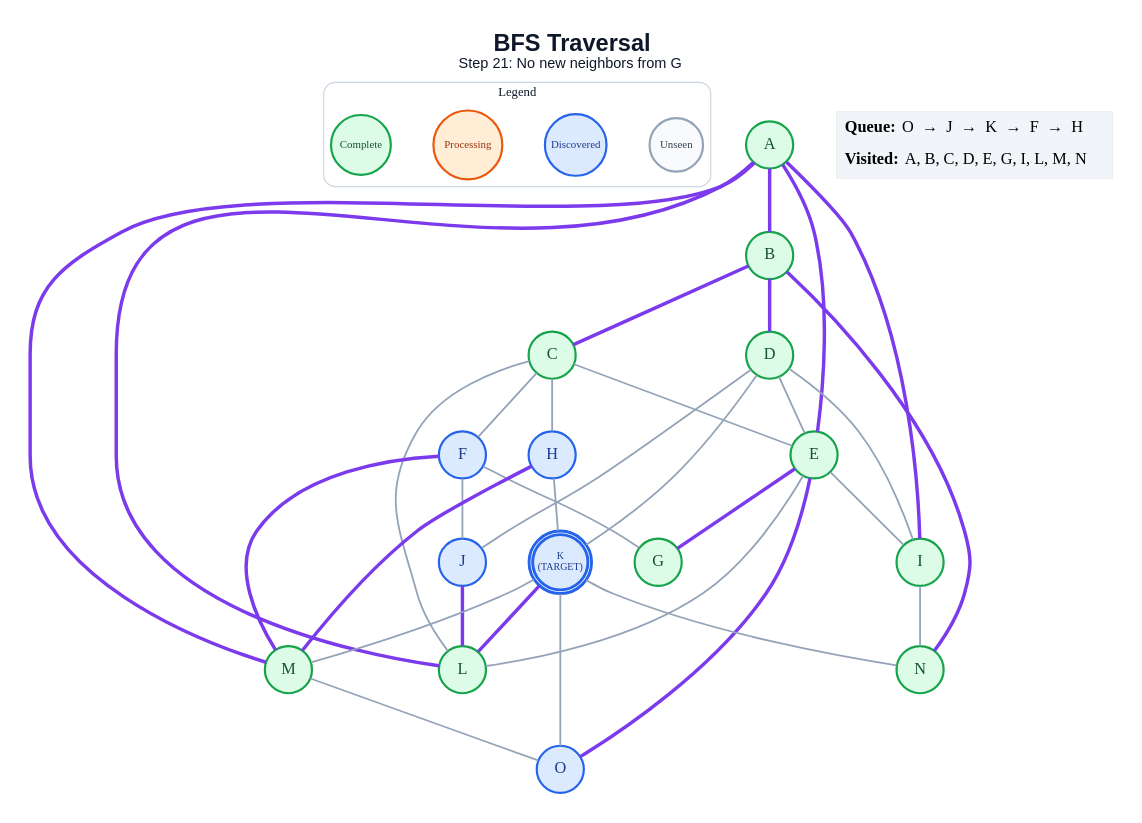
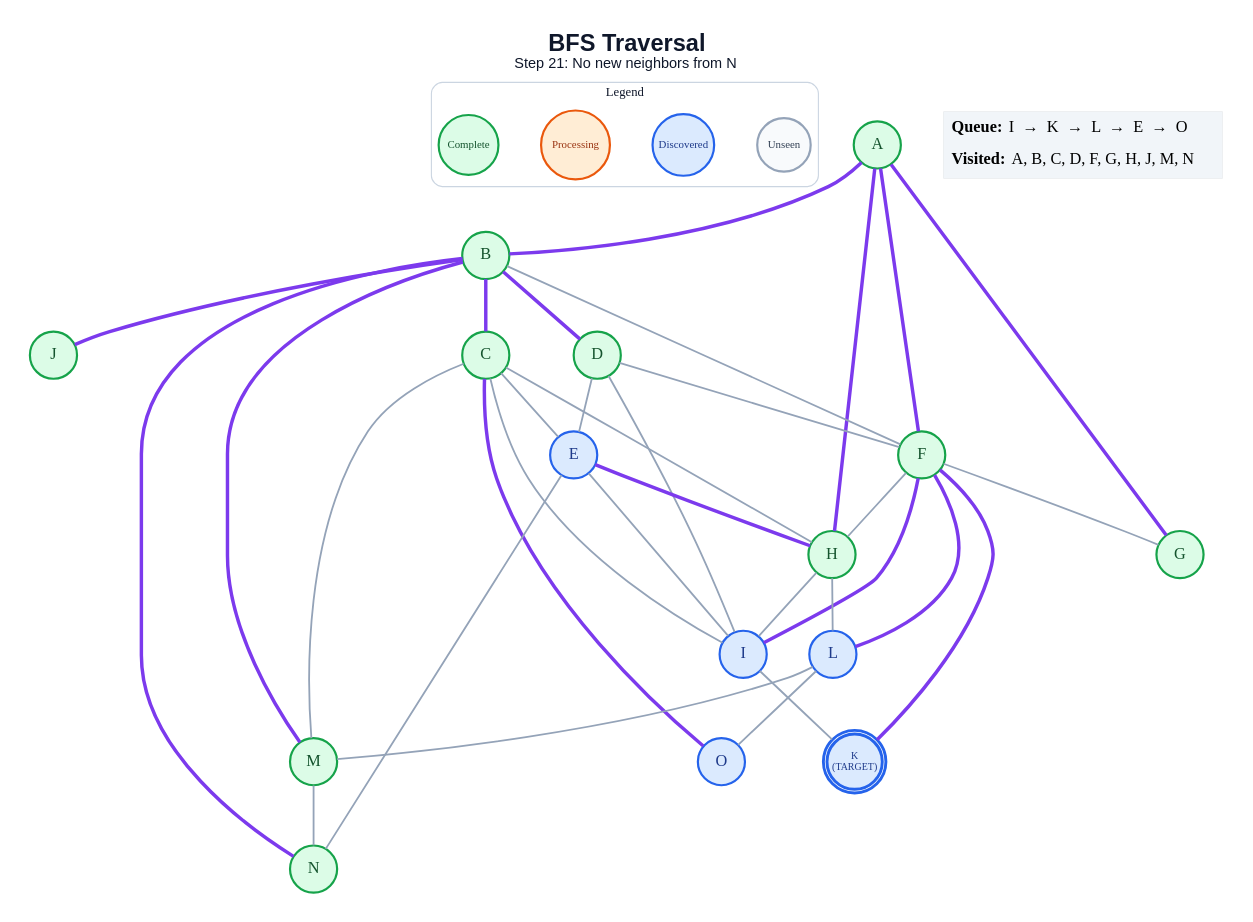
The diagram in generated/specific-node/bfs/step_21.dot (anon7238593-create/ai-slop), drawn with Graphviz before and after one commit. The commit also changed 257 other files, not shown here.

```diff
--- a/generated/specific-node/bfs/step_21.dot
+++ b/generated/specific-node/bfs/step_21.dot
@@ -1,66 +1,66 @@
 graph traversal {
   graph [layout=dot, rankdir=TB, bgcolor="#FFFFFF", pad="0.35", nodesep="0.65", ranksep="0.8", fontname="Arial"];
   node [shape=circle, style="filled", fontname="Arial Bold", fontsize=18, width=0.72, fixedsize=true, penwidth=2.4];
   edge [color="#94A3B8", penwidth=2.0];
-  label=<<B>BFS Traversal</B><BR/><FONT POINT-SIZE="16">Step 21: No new neighbors from G</FONT>>; labelloc="t"; fontsize=26; fontname="Arial"; fontcolor="#0F172A";
+  label=<<B>BFS Traversal</B><BR/><FONT POINT-SIZE="16">Step 21: No new neighbors from N</FONT>>; labelloc="t"; fontsize=26; fontname="Arial"; fontcolor="#0F172A";
   subgraph cluster_legend { label="Legend"; color="#CBD5E1"; penwidth=1.2; style="rounded"; fontsize=14; fontname="Arial Bold";
     key_unseen [label="Unseen", fillcolor="#F8FAFC", color="#94A3B8", fontcolor="#334155", fontsize=12, width=0.82];
     key_frontier [label="Discovered", fillcolor="#DBEAFE", color="#2563EB", fontcolor="#1E3A8A", fontsize=12, width=0.95];
     key_current [label="Processing", fillcolor="#FFEDD5", color="#EA580C", fontcolor="#9A3412", fontsize=12, width=1.05];
     key_done [label="Complete", fillcolor="#DCFCE7", color="#16A34A", fontcolor="#14532D", fontsize=12, width=0.92];
     { rank=same; key_unseen; key_frontier; key_current; key_done; }
   }
   A [label="A", fillcolor="#DCFCE7", color="#16A34A", fontcolor="#14532D", peripheries=1, penwidth=2.4];
   B [label="B", fillcolor="#DCFCE7", color="#16A34A", fontcolor="#14532D", peripheries=1, penwidth=2.4];
   C [label="C", fillcolor="#DCFCE7", color="#16A34A", fontcolor="#14532D", peripheries=1, penwidth=2.4];
   D [label="D", fillcolor="#DCFCE7", color="#16A34A", fontcolor="#14532D", peripheries=1, penwidth=2.4];
-  E [label="E", fillcolor="#DCFCE7", color="#16A34A", fontcolor="#14532D", peripheries=1, penwidth=2.4];
-  F [label="F", fillcolor="#DBEAFE", color="#2563EB", fontcolor="#1E3A8A", peripheries=1, penwidth=2.4];
+  E [label="E", fillcolor="#DBEAFE", color="#2563EB", fontcolor="#1E3A8A", peripheries=1, penwidth=2.4];
+  F [label="F", fillcolor="#DCFCE7", color="#16A34A", fontcolor="#14532D", peripheries=1, penwidth=2.4];
   G [label="G", fillcolor="#DCFCE7", color="#16A34A", fontcolor="#14532D", peripheries=1, penwidth=2.4];
-  H [label="H", fillcolor="#DBEAFE", color="#2563EB", fontcolor="#1E3A8A", peripheries=1, penwidth=2.4];
-  I [label="I", fillcolor="#DCFCE7", color="#16A34A", fontcolor="#14532D", peripheries=1, penwidth=2.4];
-  J [label="J", fillcolor="#DBEAFE", color="#2563EB", fontcolor="#1E3A8A", peripheries=1, penwidth=2.4];
+  H [label="H", fillcolor="#DCFCE7", color="#16A34A", fontcolor="#14532D", peripheries=1, penwidth=2.4];
+  I [label="I", fillcolor="#DBEAFE", color="#2563EB", fontcolor="#1E3A8A", peripheries=1, penwidth=2.4];
+  J [label="J", fillcolor="#DCFCE7", color="#16A34A", fontcolor="#14532D", peripheries=1, penwidth=2.4];
   K [label="K\n(TARGET)", fillcolor="#DBEAFE", color="#2563EB", fontcolor="#1E3A8A", peripheries=2, penwidth=3.2, fontsize=11, width=0.85, height=0.85];
-  L [label="L", fillcolor="#DCFCE7", color="#16A34A", fontcolor="#14532D", peripheries=1, penwidth=2.4];
+  L [label="L", fillcolor="#DBEAFE", color="#2563EB", fontcolor="#1E3A8A", peripheries=1, penwidth=2.4];
   M [label="M", fillcolor="#DCFCE7", color="#16A34A", fontcolor="#14532D", peripheries=1, penwidth=2.4];
   N [label="N", fillcolor="#DCFCE7", color="#16A34A", fontcolor="#14532D", peripheries=1, penwidth=2.4];
   O [label="O", fillcolor="#DBEAFE", color="#2563EB", fontcolor="#1E3A8A", peripheries=1, penwidth=2.4];
   A -- B [color="#7C3AED", penwidth=3.8];
-  A -- E [color="#7C3AED", penwidth=3.8];
-  A -- I [color="#7C3AED", penwidth=3.8];
-  A -- L [color="#7C3AED", penwidth=3.8];
-  A -- M [color="#7C3AED", penwidth=3.8];
+  A -- F [color="#7C3AED", penwidth=3.8];
+  A -- G [color="#7C3AED", penwidth=3.8];
+  A -- H [color="#7C3AED", penwidth=3.8];
   B -- C [color="#7C3AED", penwidth=3.8];
   B -- D [color="#7C3AED", penwidth=3.8];
+  B -- F;
+  B -- J [color="#7C3AED", penwidth=3.8];
+  B -- M [color="#7C3AED", penwidth=3.8];
   B -- N [color="#7C3AED", penwidth=3.8];
   C -- E;
-  C -- F;
   C -- H;
-  C -- L;
+  C -- I;
+  C -- M;
+  C -- O [color="#7C3AED", penwidth=3.8];
   D -- E;
+  D -- F;
   D -- I;
-  D -- J;
-  D -- K;
-  E -- G [color="#7C3AED", penwidth=3.8];
+  E -- H [color="#7C3AED", penwidth=3.8];
   E -- I;
-  E -- L;
-  E -- O [color="#7C3AED", penwidth=3.8];
+  E -- N;
   F -- G;
-  F -- J;
-  F -- M [color="#7C3AED", penwidth=3.8];
-  H -- K;
-  H -- M [color="#7C3AED", penwidth=3.8];
-  I -- N;
-  J -- L [color="#7C3AED", penwidth=3.8];
-  K -- L [color="#7C3AED", penwidth=3.8];
-  K -- M;
-  K -- N;
-  K -- O;
-  M -- O;
+  F -- H;
+  F -- I [color="#7C3AED", penwidth=3.8];
+  F -- K [color="#7C3AED", penwidth=3.8];
+  F -- L [color="#7C3AED", penwidth=3.8];
+  H -- I;
+  H -- L;
+  I -- K;
+  L -- M;
+  L -- O;
+  M -- N;
   status [shape=plain, fixedsize=false, width=0, height=0, margin=0, label=<
     <TABLE BORDER="0" CELLBORDER="0" CELLPADDING="7" BGCOLOR="#F1F5F9">
-      <TR><TD ALIGN="LEFT"><B>Queue:</B> O  →  J  →  K  →  F  →  H</TD></TR>
-      <TR><TD ALIGN="LEFT"><B>Visited:</B> A, B, C, D, E, G, I, L, M, N</TD></TR>
+      <TR><TD ALIGN="LEFT"><B>Queue:</B> I  →  K  →  L  →  E  →  O</TD></TR>
+      <TR><TD ALIGN="LEFT"><B>Visited:</B> A, B, C, D, F, G, H, J, M, N</TD></TR>
     </TABLE>
   >];
 }
```
